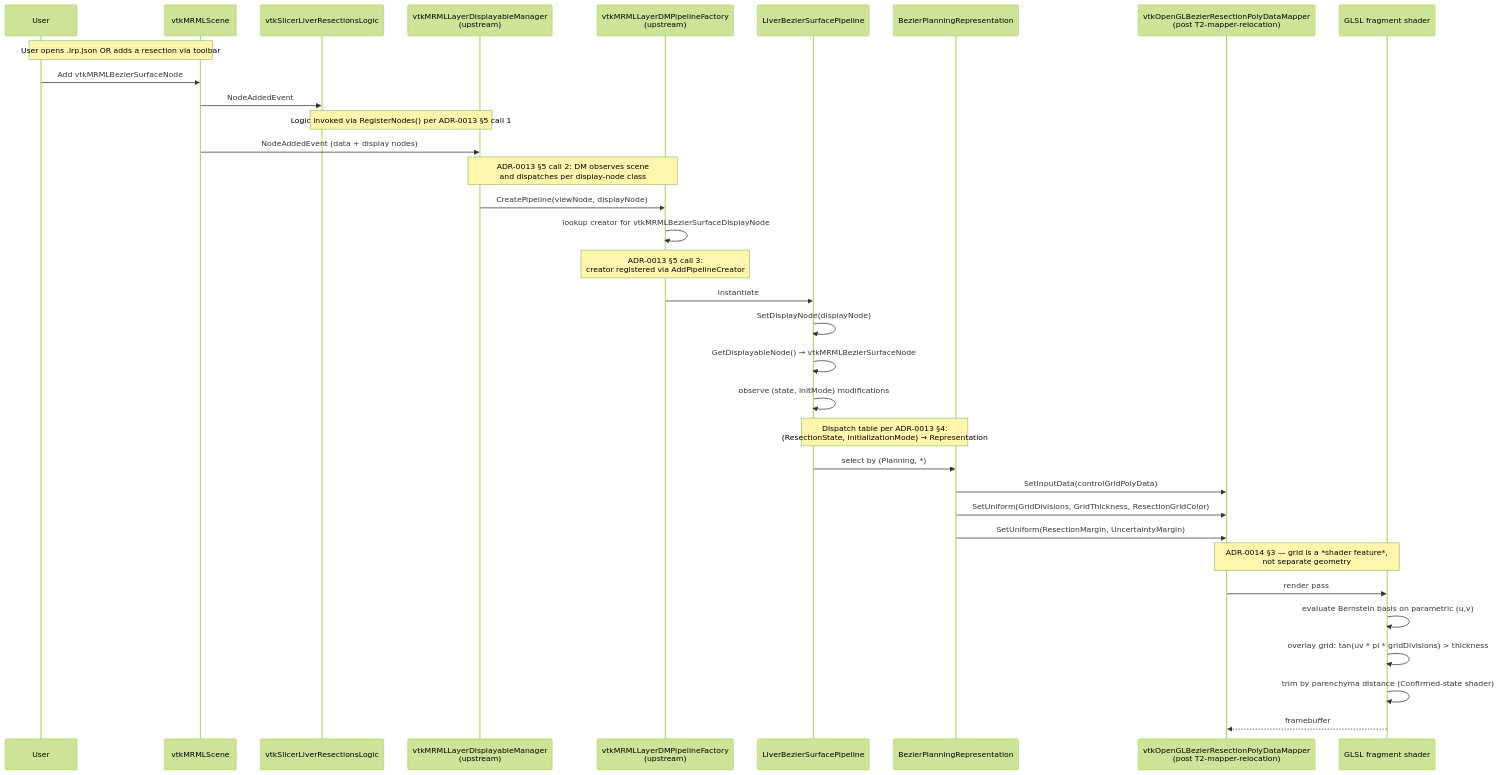
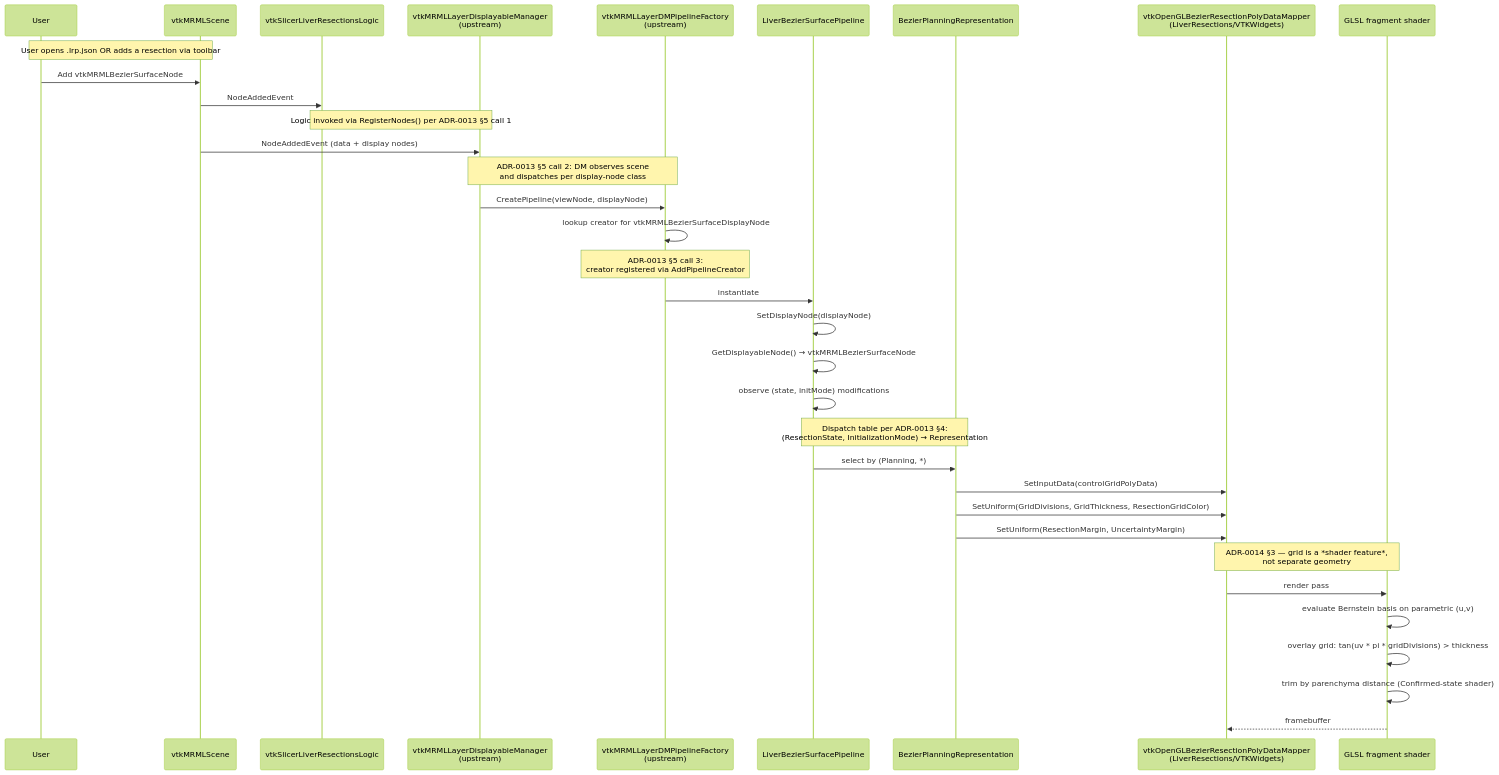
The second of 2 diagrams in Docs/architecture/rendering-pipeline.md (ALive-research/Slicer-Liver), drawn with Mermaid (forest theme) before and after one commit. The commit also changed other lines of this file, not shown here.

First line of the commit message:
DOC: Refresh rendering-pipeline diagram after the v2 render cutover

````diff
--- a/Docs/architecture/rendering-pipeline.md
+++ b/Docs/architecture/rendering-pipeline.md
@@ -144,41 +144,41 @@
 ```mermaid
 sequenceDiagram
     participant User
     participant Scene as vtkMRMLScene
     participant Logic as vtkSlicerLiverResectionsLogic
     participant DM as vtkMRMLLayerDisplayableManager<br/>(upstream)
     participant Factory as vtkMRMLLayerDMPipelineFactory<br/>(upstream)
     participant Pipeline as LiverBezierSurfacePipeline
     participant Rep as BezierPlanningRepresentation
-    participant Mapper as vtkOpenGLBezierResectionPolyDataMapper<br/>(post T2-mapper-relocation)
+    participant Mapper as vtkOpenGLBezierResectionPolyDataMapper<br/>(LiverResections/VTKWidgets)
     participant GPU as GLSL fragment shader
 
     Note over User,Scene: User opens .lrp.json OR adds a resection via toolbar
     User->>Scene: Add vtkMRMLBezierSurfaceNode
     Scene->>Logic: NodeAddedEvent
     Note over Logic,DM: Logic invoked via RegisterNodes() per ADR-0013 §5 call 1
     Scene->>DM: NodeAddedEvent (data + display nodes)
 
     Note over DM,Factory: ADR-0013 §5 call 2: DM observes scene<br/>and dispatches per display-node class
     DM->>Factory: CreatePipeline(viewNode, displayNode)
     Factory->>Factory: lookup creator for vtkMRMLBezierSurfaceDisplayNode
     Note over Factory: ADR-0013 §5 call 3:<br/>creator registered via AddPipelineCreator
     Factory->>Pipeline: instantiate
 
     Pipeline->>Pipeline: SetDisplayNode(displayNode)
     Pipeline->>Pipeline: GetDisplayableNode() → vtkMRMLBezierSurfaceNode
     Pipeline->>Pipeline: observe (state, initMode) modifications
 
     Note over Pipeline,Rep: Dispatch table per ADR-0013 §4:<br/>(ResectionState, InitializationMode) → Representation
     Pipeline->>Rep: select by (Planning, *)
     Rep->>Mapper: SetInputData(controlGridPolyData)
     Rep->>Mapper: SetUniform(GridDivisions, GridThickness, ResectionGridColor)
     Rep->>Mapper: SetUniform(ResectionMargin, UncertaintyMargin)
 
     Note over Mapper,GPU: ADR-0014 §3 — grid is a *shader feature*,<br/>not separate geometry
     Mapper->>GPU: render pass
     GPU->>GPU: evaluate Bernstein basis on parametric (u,v)
     GPU->>GPU: overlay grid: tan(uv * pi * gridDivisions) > thickness
     GPU->>GPU: trim by parenchyma distance (Confirmed-state shader)
     GPU-->>Mapper: framebuffer
 ```
````
